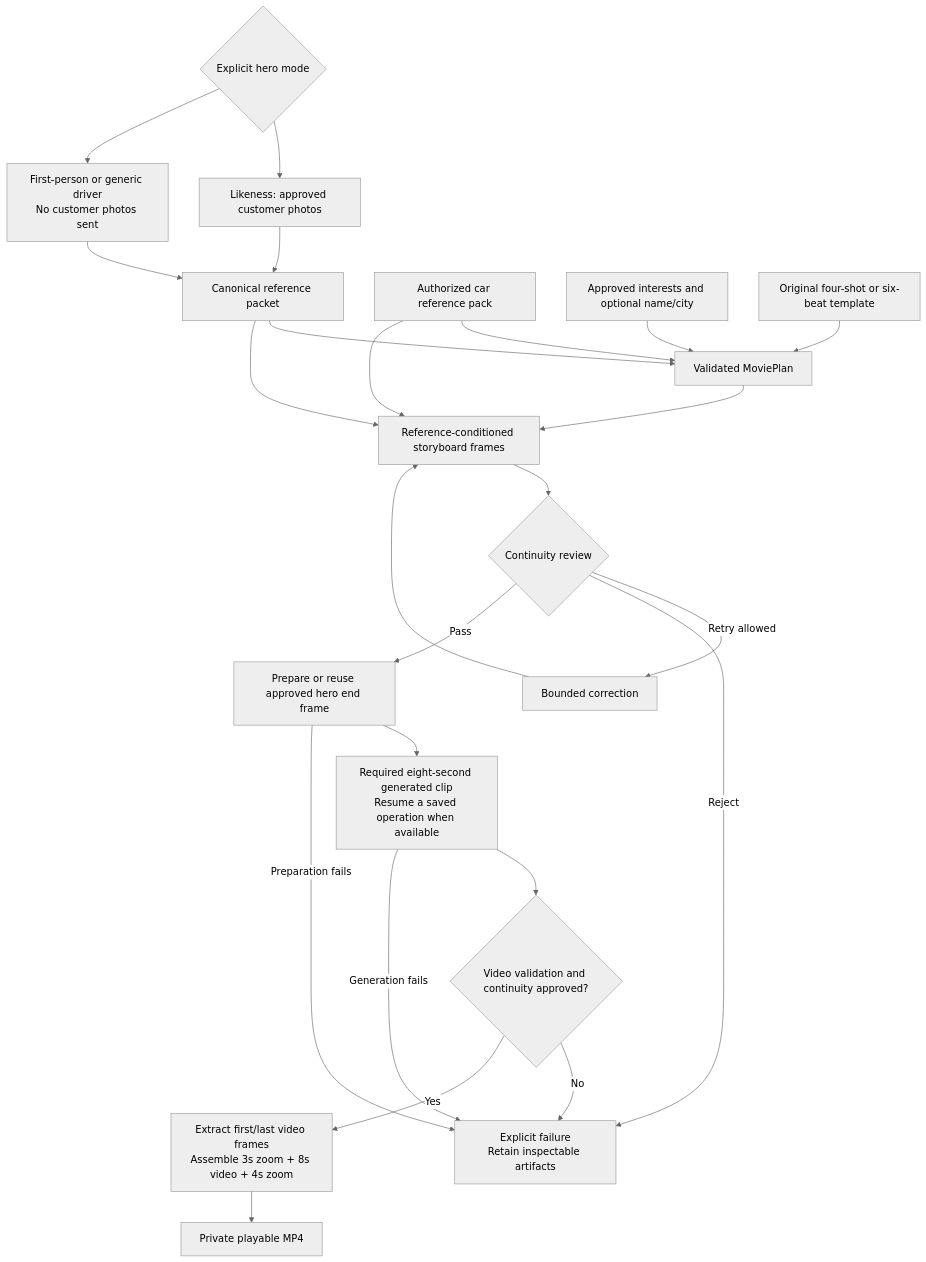
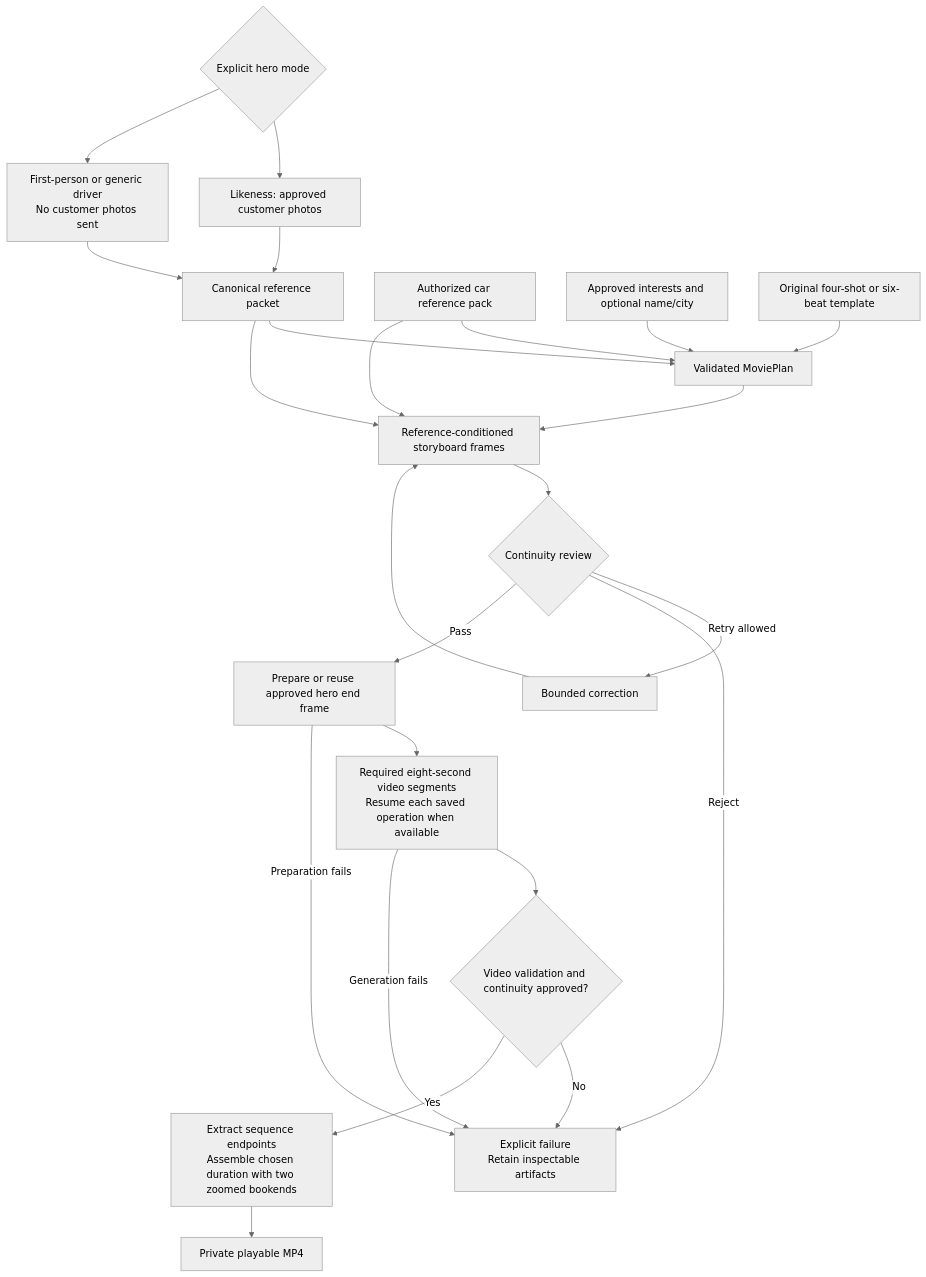
One commit to dngoins/agents-everywhere-starter-kit changed the second of 3 diagrams in MoviePart/README.md. Above: the diagram before and after it, drawn with Mermaid (neutral theme). The commit also changed other lines of this file and 72 other files, not shown here.

````diff
--- a/MoviePart/README.md
+++ b/MoviePart/README.md
@@ -45,38 +57,38 @@
 ```mermaid
 flowchart TD
     Mode{"Explicit hero mode"}
     Photos["Likeness: approved customer photos"]
     Neutral["First-person or generic driver<br/>No customer photos sent"]
     Character["Canonical reference packet"]
     Car["Authorized car reference pack"]
     Profile["Approved interests and optional name/city"]
     Template["Original four-shot or six-beat template"]
     Director["Validated MoviePlan"]
     Storyboard["Reference-conditioned storyboard frames"]
     Review{"Continuity review"}
     Retry["Bounded correction"]
     Failure["Explicit failure<br/>Retain inspectable artifacts"]
     Endpoint["Prepare or reuse approved hero end frame"]
-    Hero["Required eight-second generated clip<br/>Resume a saved operation when available"]
+    Hero["Required eight-second video segments<br/>Resume each saved operation when available"]
     VideoReview{"Video validation and continuity approved?"}
-    Render["Extract first/last video frames<br/>Assemble 3s zoom + 8s video + 4s zoom"]
+    Render["Extract sequence endpoints<br/>Assemble chosen duration with two zoomed bookends"]
     Output["Private playable MP4"]
 
     Mode --> Photos --> Character
     Mode --> Neutral --> Character
     Character --> Director
     Car --> Director
     Profile --> Director
     Template --> Director
     Director --> Storyboard
     Character --> Storyboard
     Car --> Storyboard
     Storyboard --> Review
     Review -->|"Retry allowed"| Retry --> Storyboard
     Review -->|"Reject"| Failure
     Review -->|"Pass"| Endpoint --> Hero --> VideoReview
     Endpoint -->|"Preparation fails"| Failure
     Hero -->|"Generation fails"| Failure
     VideoReview -->|"No"| Failure
     VideoReview -->|"Yes"| Render --> Output
 ```
````
